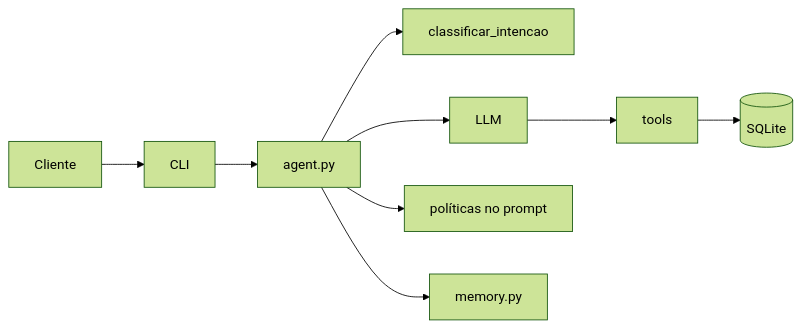
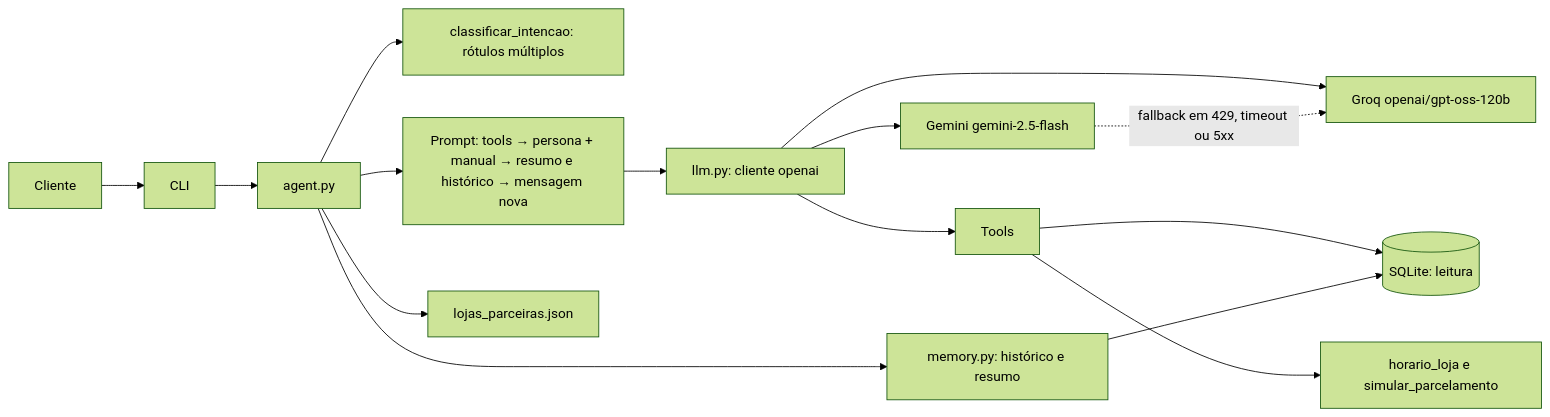
The diagram in docs/ARQUITETURA.md (Vinicius-D-Lima/Emporio-da-Musica-agente-), drawn with Mermaid (forest theme) before and after one commit. The commit also changed other lines of this file and 18 other files, not shown here.

````diff
--- a/docs/ARQUITETURA.md
+++ b/docs/ARQUITETURA.md
@@ -9,11 +11,17 @@
 ```mermaid
 flowchart LR
     C[Cliente] --> CLI[CLI]
     CLI --> A[agent.py]
-    A --> I[classificar_intencao]
-    A --> L[LLM]
-    L --> T[tools]
-    T --> DB[(SQLite)]
-    A --> P[políticas no prompt]
-    A --> M[memory.py]
+    A --> I[classificar_intencao: rótulos múltiplos]
+    A --> P[Prompt: tools → persona + manual → resumo e histórico → mensagem nova]
+    P --> L[llm.py: cliente openai]
+    L --> G[Gemini gemini-2.5-flash]
+    L --> R[Groq openai/gpt-oss-120b]
+    G -. fallback em 429, timeout ou 5xx .-> R
+    L --> T[Tools]
+    T --> DB[(SQLite: leitura)]
+    T --> H[horario_loja e simular_parcelamento]
+    A --> M[memory.py: histórico e resumo]
+    M --> DB
+    A --> S[lojas_parceiras.json]
 ```
````
